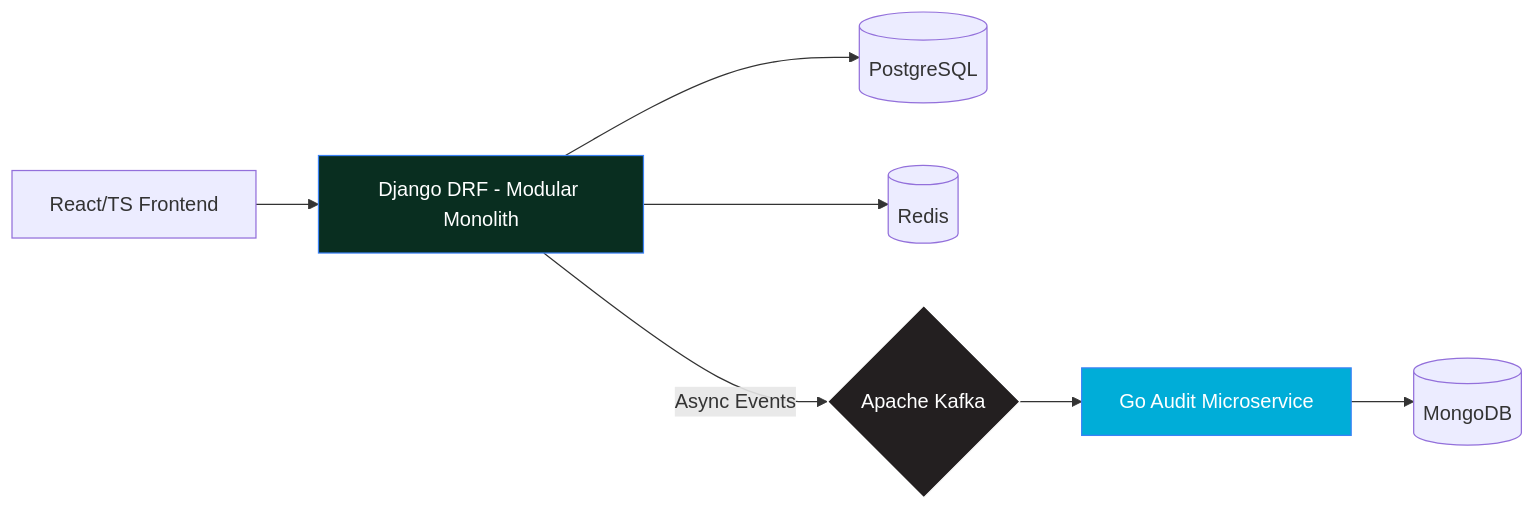
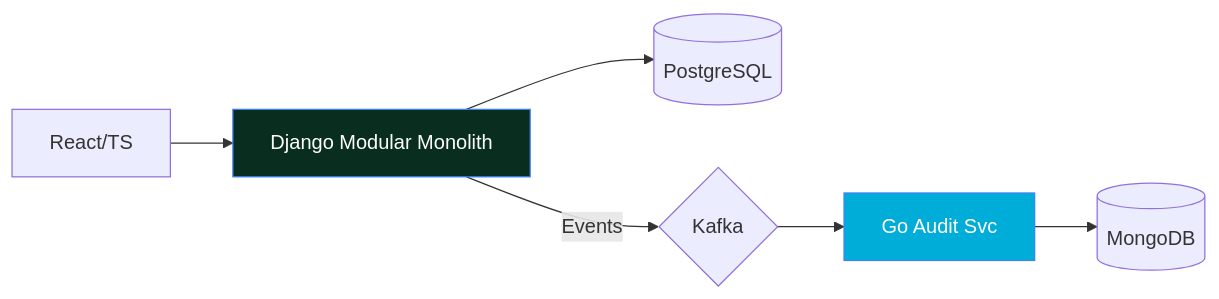
The diagram in README.md (Daniel-Q-Reis/Daniel-Q-Reis), drawn with Mermaid before and after one commit. The commit also changed other lines of this file, not shown here.

````diff
--- a/README.md
+++ b/README.md
@@ -31,13 +28,10 @@
 ```mermaid
 graph LR
-    User[React/TS Frontend] --> API[Django DRF - Modular Monolith]
-    API --> DB_SQL[(PostgreSQL)]
-    API --> Cache[(Redis)]
-    API -- Async Events --> KAFKA{Apache Kafka}
-    KAFKA --> GO_SVC[Go Audit Microservice]
-    GO_SVC --> DB_NOSQL[(MongoDB)]
-    
+    User[React/TS] --> API[Django Modular Monolith]
+    API --> DB[(PostgreSQL)]
+    API -- Events --> K{Kafka}
+    K --> GO[Go Audit Svc]
+    GO --> M[(MongoDB)]
     style API fill:#092e20,stroke:#3b82f6,color:#fff
-    style GO_SVC fill:#00add8,stroke:#3b82f6,color:#fff
-    style KAFKA fill:#231f20,stroke:#fff,color:#fff
+    style GO fill:#00add8,stroke:#3b82f6,color:#fff
 ```
````
